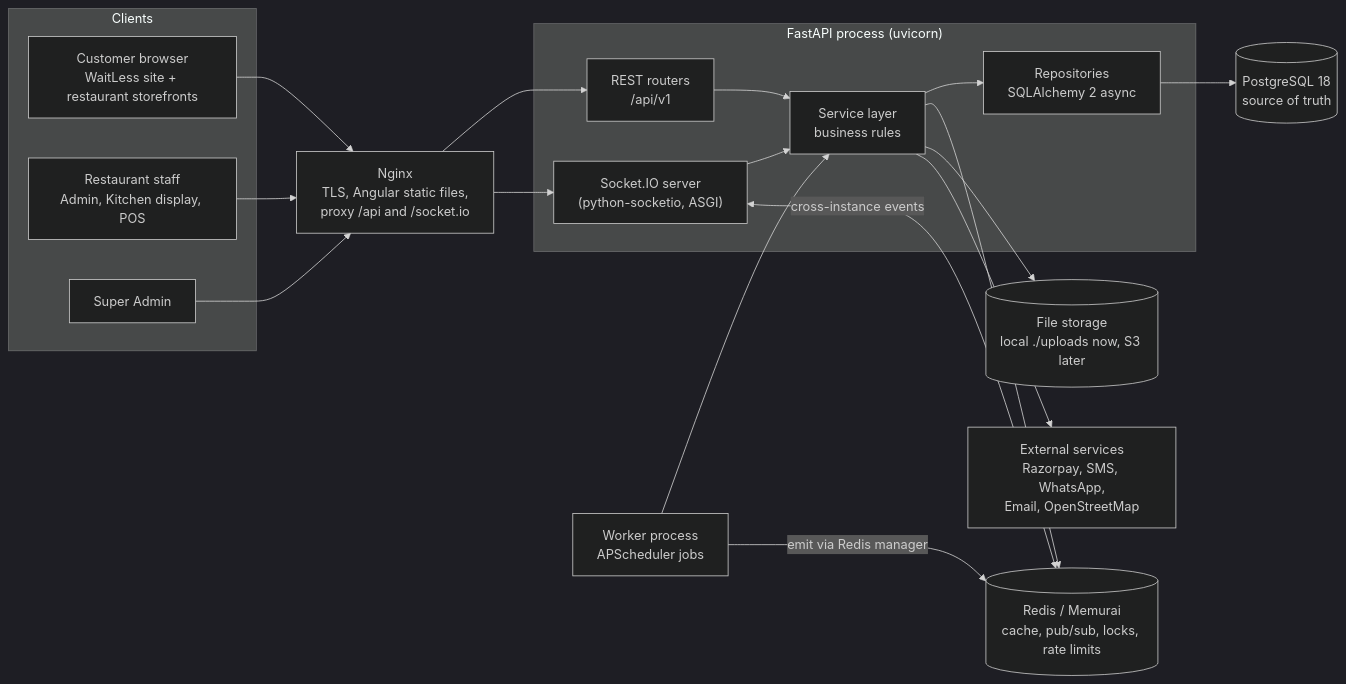
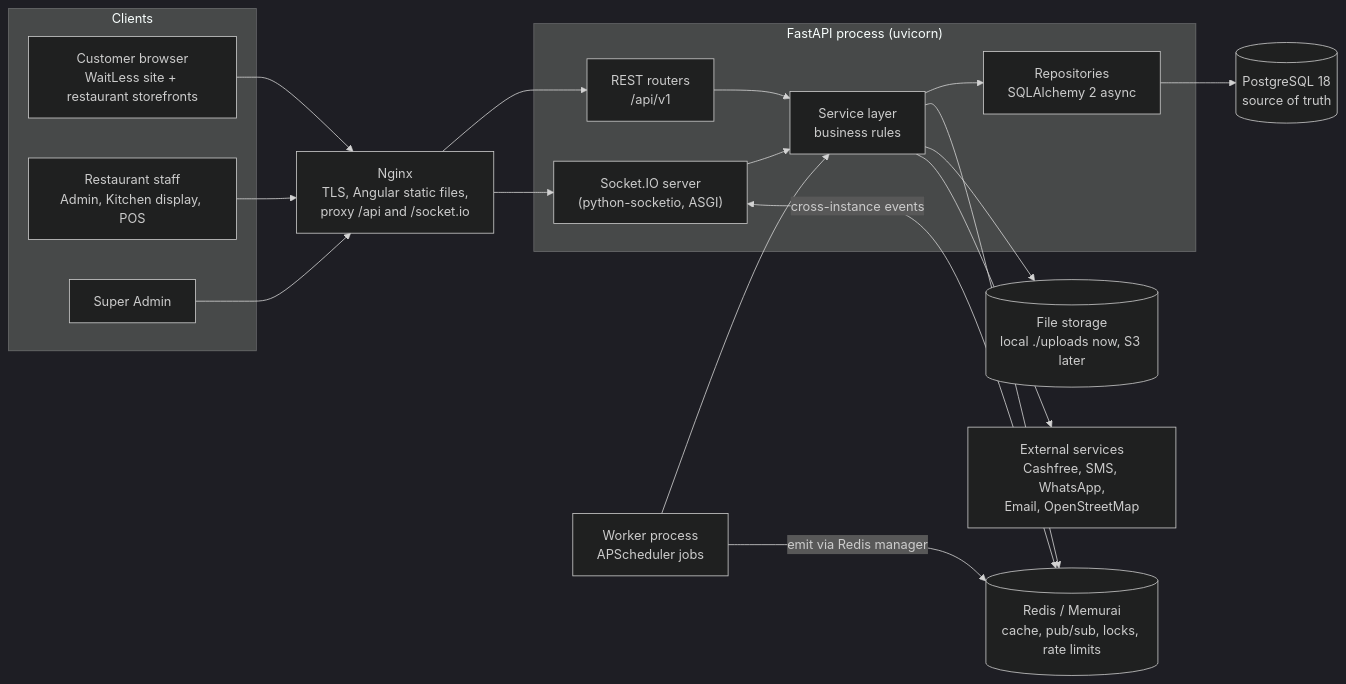
Before and after one commit to rahulsondeveloper-web/waitless: the first of 5 diagrams in docs/01-system-architecture.md, drawn with Mermaid (dark theme). The commit also changed 21 other files, not shown here.

First line of the commit message:
Replace Razorpay with Cashfree Payments

````diff
--- a/docs/01-system-architecture.md
+++ b/docs/01-system-architecture.md
@@ -7,35 +7,35 @@
 ```mermaid
 flowchart LR
   subgraph Clients
     C1["Customer browser<br/>WaitLess site + restaurant storefronts"]
     C2["Restaurant staff<br/>Admin, Kitchen display, POS"]
     C3["Super Admin"]
   end
 
   NG["Nginx<br/>TLS, Angular static files,<br/>proxy /api and /socket.io"]
 
   subgraph API["FastAPI process (uvicorn)"]
     R["REST routers<br/>/api/v1"]
     S["Socket.IO server<br/>(python-socketio, ASGI)"]
     SV["Service layer<br/>business rules"]
     RP["Repositories<br/>SQLAlchemy 2 async"]
   end
 
   W["Worker process<br/>APScheduler jobs"]
   PG[("PostgreSQL 18<br/>source of truth")]
   RD[("Redis / Memurai<br/>cache, pub/sub, locks, rate limits")]
   FS[("File storage<br/>local ./uploads now, S3 later")]
-  EXT["External services<br/>Razorpay, SMS, WhatsApp,<br/>Email, OpenStreetMap"]
+  EXT["External services<br/>Cashfree, SMS, WhatsApp,<br/>Email, OpenStreetMap"]
 
   C1 & C2 & C3 --> NG
   NG --> R
   NG --> S
   R --> SV --> RP --> PG
   S --> SV
   SV --> RD
   SV --> FS
   SV --> EXT
   W --> SV
   S <-->|"cross-instance events"| RD
   W -->|"emit via Redis manager"| RD
 ```
````
